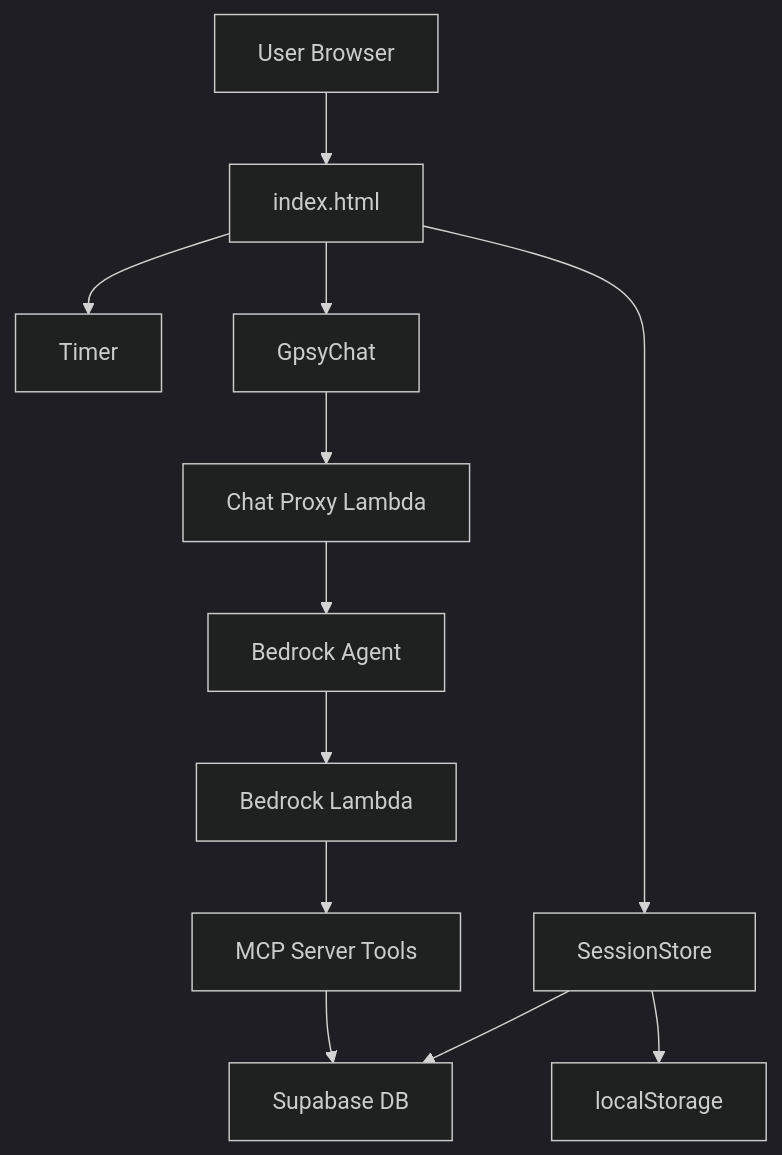
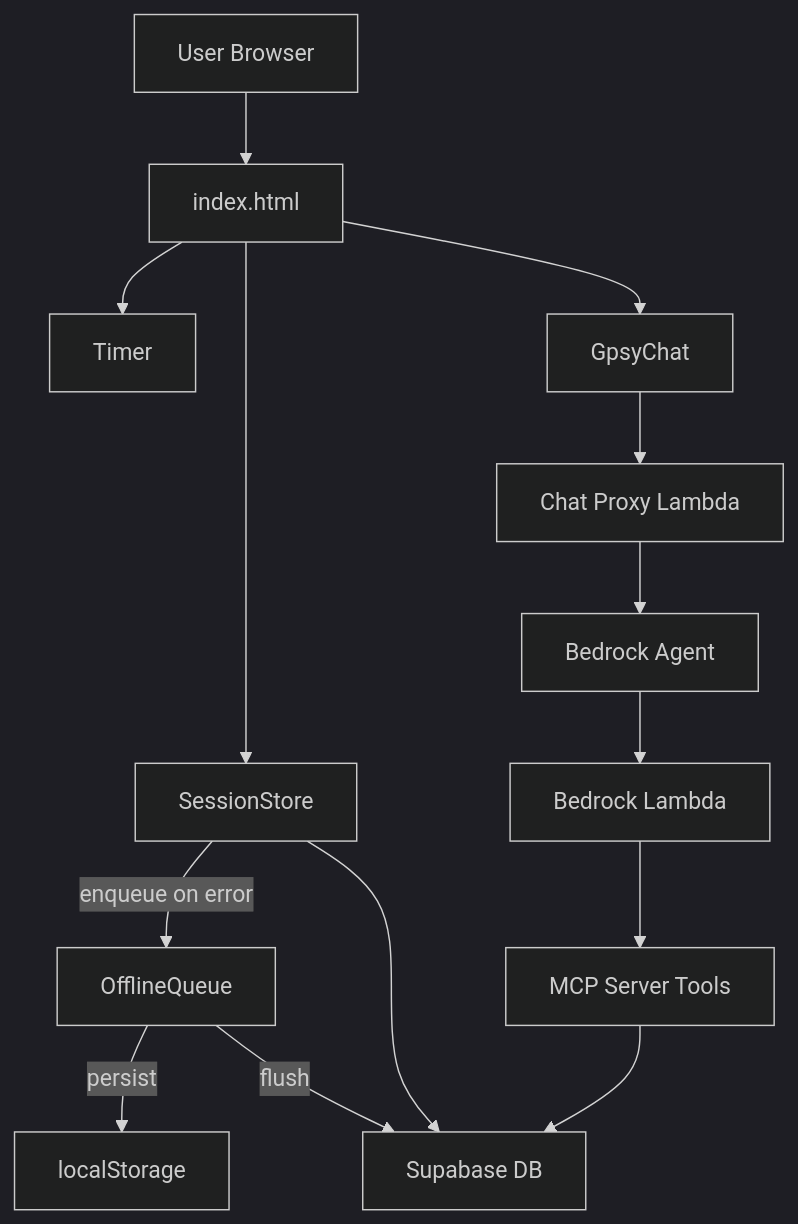
Before and after one commit to bkdraper/blacksheep_tarot_reading_tracker: the first of 2 diagrams in docs/ARCHITECTURE.md, drawn with Mermaid (dark theme). The commit also changed other lines of this file and 23 other files, not shown here.

````diff
--- a/docs/ARCHITECTURE.md
+++ b/docs/ARCHITECTURE.md
@@ -5,14 +5,16 @@
 ```mermaid
 graph TB
     A[User Browser] --> B[index.html]
     B --> C[SessionStore]
     B --> D[Timer]
     B --> E[GpsyChat]
-    C --> F[Supabase DB]
-    C --> G[localStorage]
+    C -->|"enqueue on error"| OQ[OfflineQueue]
+    OQ -->|"persist"| G[localStorage]
+    OQ -->|"flush"| F[Supabase DB]
+    C --> F
     E --> H[Chat Proxy Lambda]
     H --> I[Bedrock Agent]
     I --> J[Bedrock Lambda]
     J --> K[MCP Server Tools]
     K --> F
 ```
````
